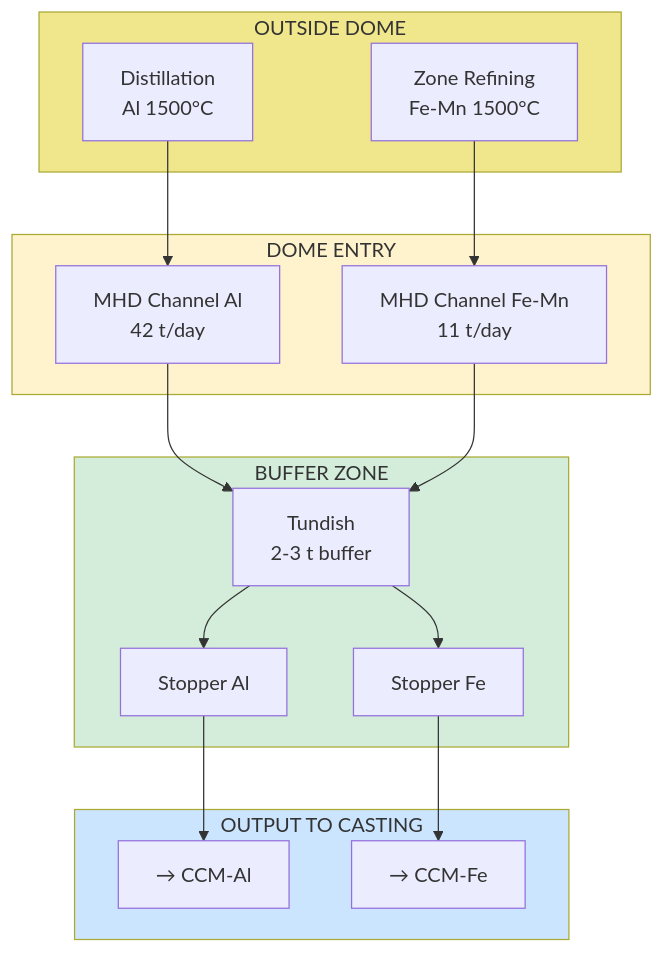
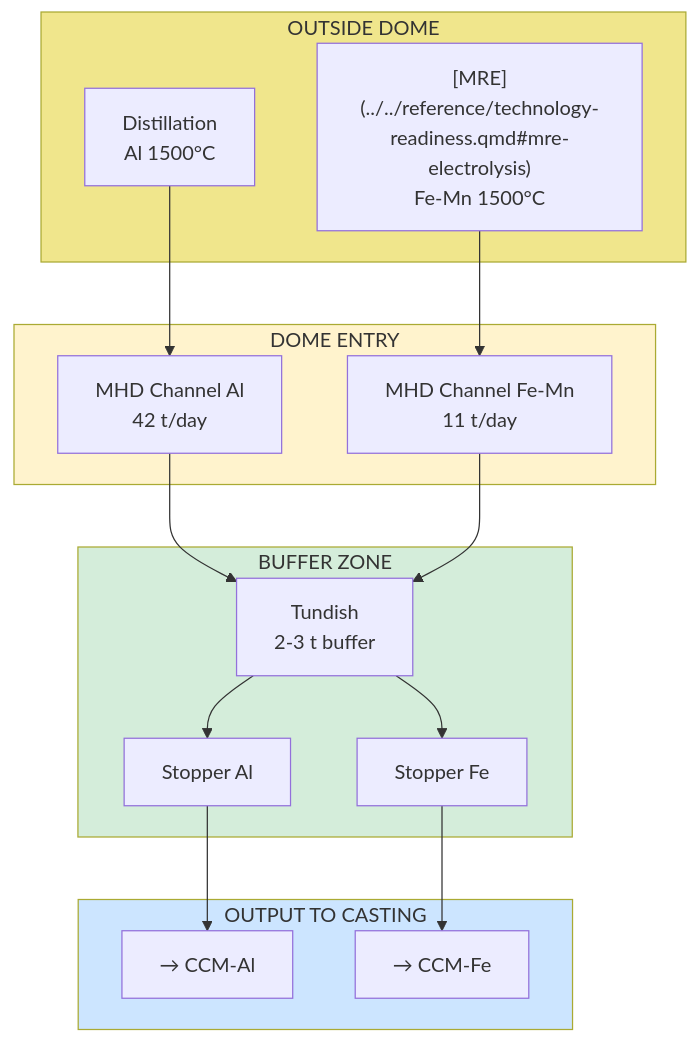
One commit to DmitryNasikanov/infinite-energy changed the diagram in en/science/detailed/factories/elements/melting.qmd. Above: the diagram before and after it, drawn with Mermaid. The commit also changed other lines of this file and 67 other files, not shown here.

````diff
--- a/en/science/detailed/factories/elements/melting.qmd
+++ b/en/science/detailed/factories/elements/melting.qmd
@@ -23,37 +23,37 @@
 ```{mermaid}
 flowchart TD
     subgraph EXTERNAL["OUTSIDE DOME"]
         DIST["Distillation<br/>Al 1500°C"]
-        MRE["Zone Refining<br/>Fe-Mn 1500°C"]
+        MRE["[MRE](../../reference/technology-readiness.qmd#mre-electrolysis)<br/>Fe-Mn 1500°C"]
     end
 
     subgraph ENTRY["DOME ENTRY"]
         MHD_AL["MHD Channel Al<br/>42 t/day"]
         MHD_FE["MHD Channel Fe-Mn<br/>11 t/day"]
     end
 
     subgraph BUFFER["BUFFER ZONE"]
         TUNDISH["Tundish<br/>2-3 t buffer"]
         VALVE_AL["Stopper Al"]
         VALVE_FE["Stopper Fe"]
     end
 
     subgraph OUTPUT["OUTPUT TO CASTING"]
         MNLZ_AL["→ CCM-Al"]
         MNLZ_FE["→ CCM-Fe"]
     end
 
     DIST --> MHD_AL
     MRE --> MHD_FE
     MHD_AL --> TUNDISH
     MHD_FE --> TUNDISH
     TUNDISH --> VALVE_AL
     TUNDISH --> VALVE_FE
     VALVE_AL --> MNLZ_AL
     VALVE_FE --> MNLZ_FE
 
     style EXTERNAL fill:#f0e68c
     style ENTRY fill:#fff3cd
     style BUFFER fill:#d4edda
     style OUTPUT fill:#cce5ff
 ```
````
